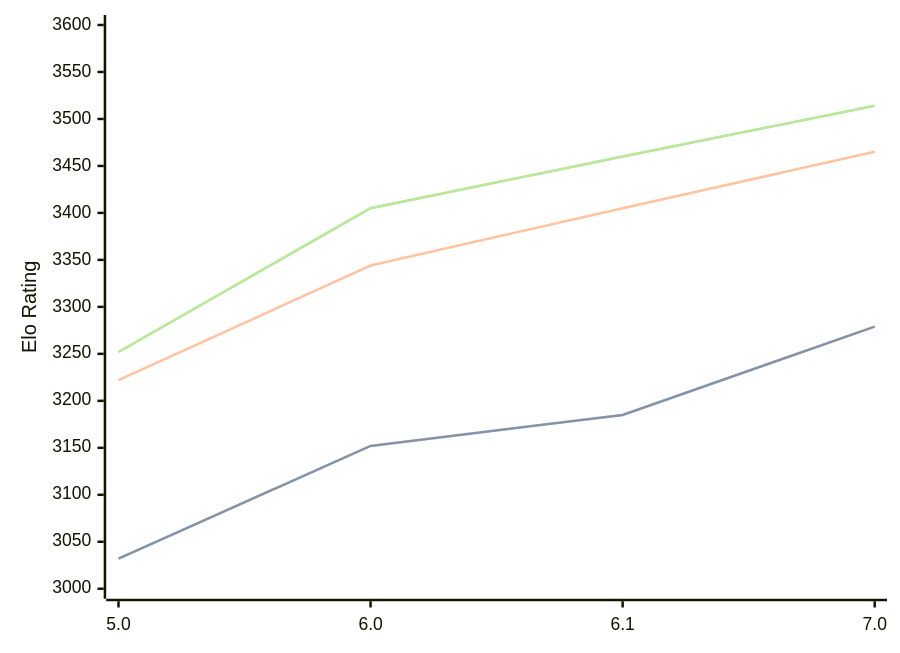
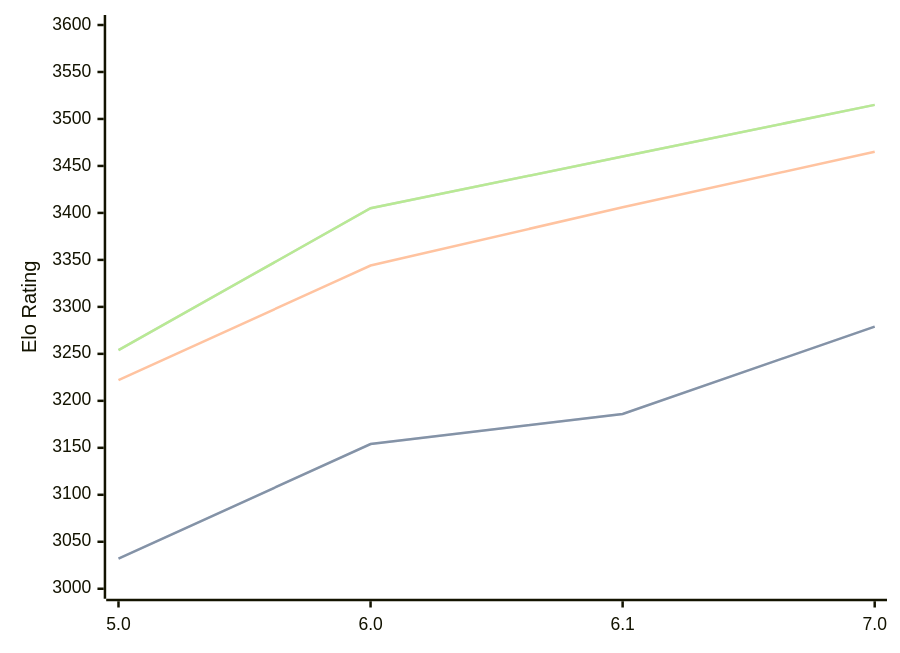
Before and after one commit to computer-chess-index/cci: the third of 3 diagrams in engines/PZChessBot.md, drawn with Mermaid. The commit also changed other lines of this file, not shown here.

Commit message:
Update CCI Ratings (ELO VLTC) - 2026-06-21

````diff
--- a/engines/PZChessBot.md
+++ b/engines/PZChessBot.md
@@ -76,11 +76,11 @@
 ```mermaid
 %%{init: {"theme":"base","themeVariables":{"seriesColors:['#a3a3a3','#222221','#faa371']}}}%%
 xychart-beta
   x-axis ["5.0", "6.0", "6.1", "7.0"]
   y-axis "Elo Rating" 3000 --> 3600
-  line "STC (8.0+0.08s)" [3032, 3152, 3185, 3279]
-  line "STC (8.0+0.08s)" [3032, 3152, 3185, 3279]
-  line "LTC (60.0+0.60s)" [3222, 3344, 3405, 3465]
-  line "VLTC (2m24s+1.12s)" [3252, 3405, 3460, 3514]
-  line "VLTC (2m24s+1.12s)" [3252, 3405, 3460, 3514]
+  line "STC (8.0+0.08s)" [3032, 3154, 3186, 3279]
+  line "STC (8.0+0.08s)" [3032, 3154, 3186, 3279]
+  line "LTC (60.0+0.60s)" [3222, 3344, 3406, 3465]
+  line "VLTC (2m24s+1.12s)" [3254, 3405, 3460, 3515]
+  line "VLTC (2m24s+1.12s)" [3254, 3405, 3460, 3515]
 ```
````
